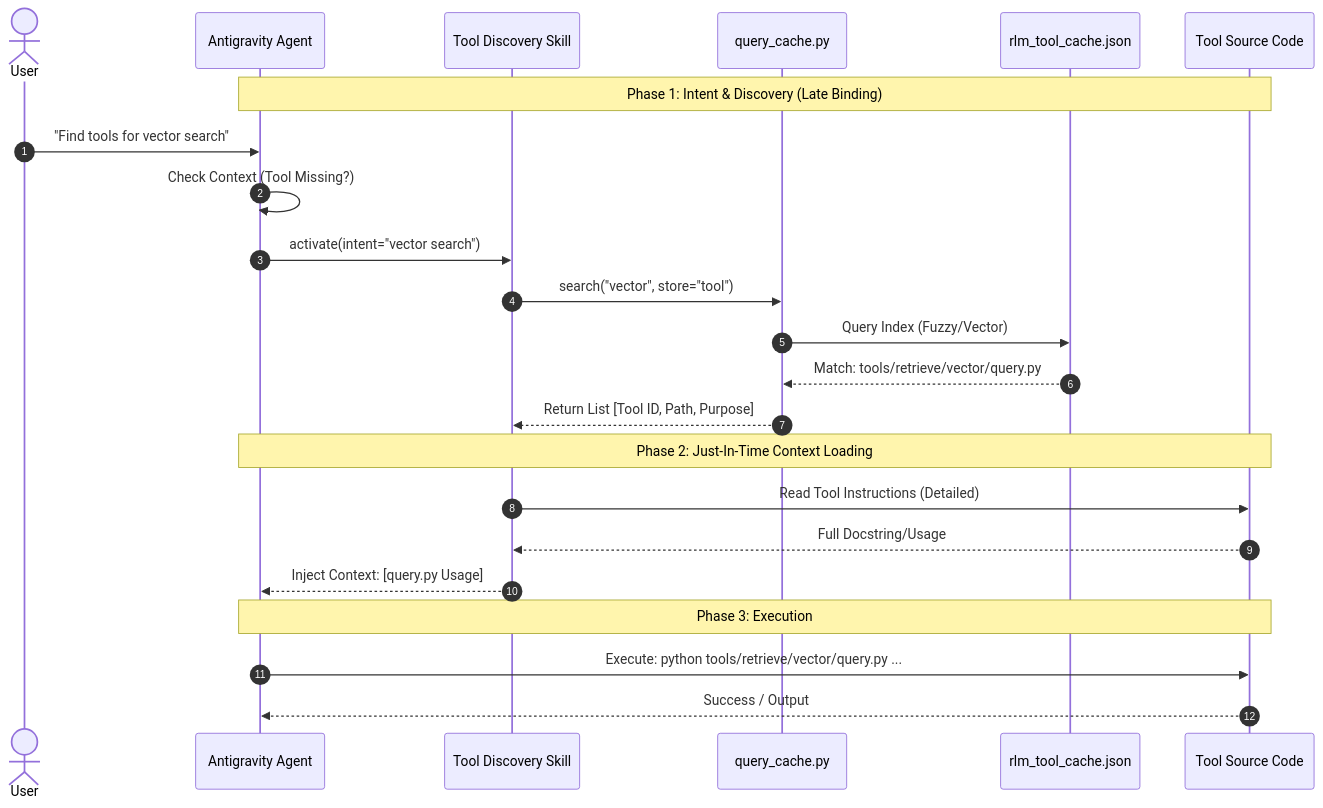
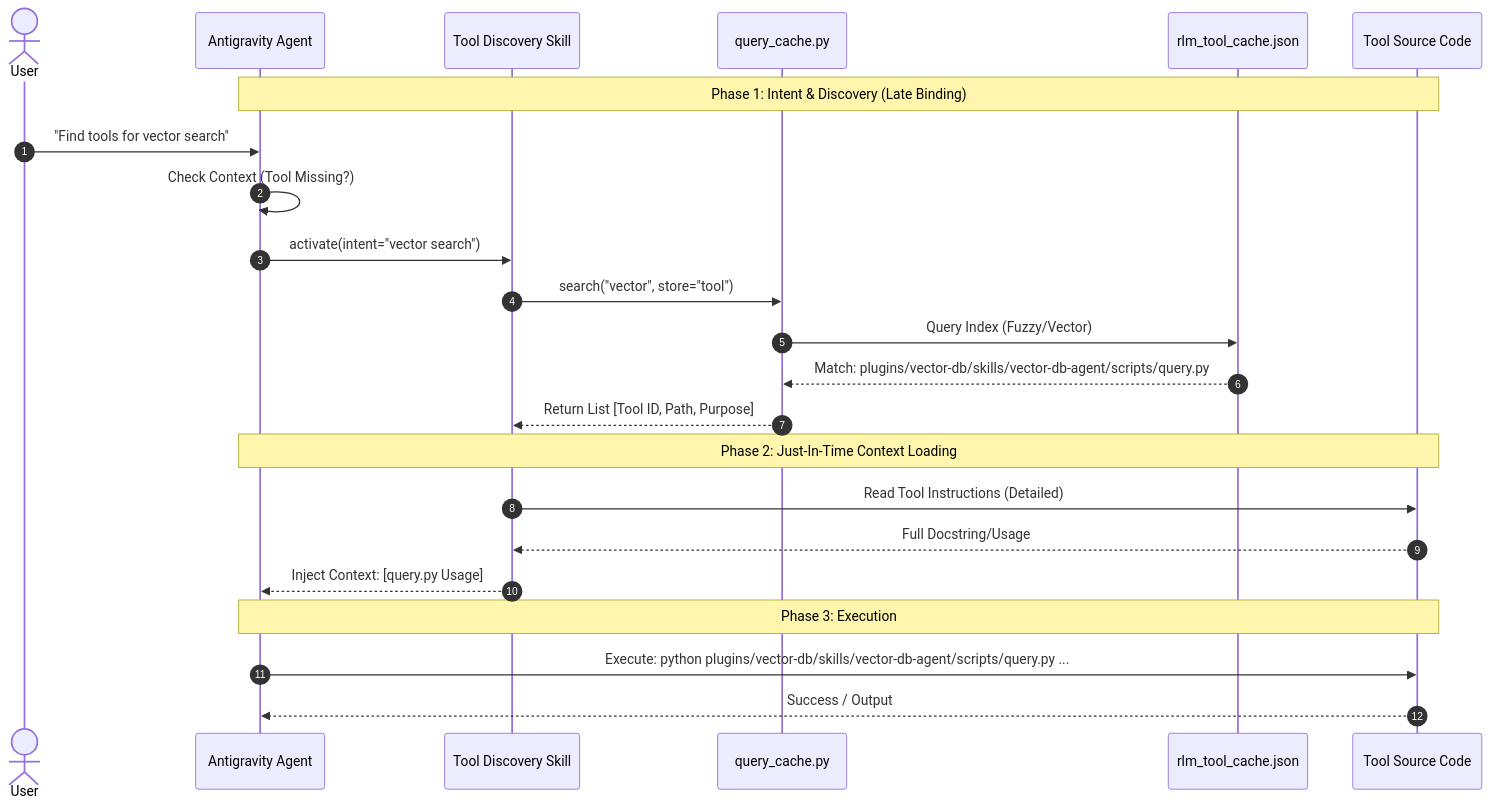
The diagram in docs/diagrams/rlm/rlm_late_binding_flow.mmd (richfrem/Project_Sanctuary), drawn with Mermaid before and after one commit. The commit also changed 1329 other files, not shown here.

First line of the commit message:
Feat/creating new skills plugins v2 (#201)

```diff
--- a/docs/diagrams/rlm/rlm_late_binding_flow.mmd
+++ b/docs/diagrams/rlm/rlm_late_binding_flow.mmd
@@ -1,27 +1,27 @@
 sequenceDiagram
     autonumber
     actor User
     participant Agent as Antigravity Agent
     participant Skill as Tool Discovery Skill
     participant Search as query_cache.py
     participant Cache as rlm_tool_cache.json
     participant FileSystem as Tool Source Code
 
     note over Agent, FileSystem: Phase 1: Intent & Discovery (Late Binding)
     User->>Agent: "Find tools for vector search"
     Agent->>Agent: Check Context (Tool Missing?)
     Agent->>Skill: activate(intent="vector search")
     
     Skill->>Search: search("vector", store="tool")
     Search->>Cache: Query Index (Fuzzy/Vector)
-    Cache-->>Search: Match: tools/retrieve/vector/query.py
+    Cache-->>Search: Match: plugins/vector-db/skills/vector-db-agent/scripts/query.py
     Search-->>Skill: Return List [Tool ID, Path, Purpose]
 
     note over Agent, FileSystem: Phase 2: Just-In-Time Context Loading
     Skill->>FileSystem: Read Tool Instructions (Detailed)
     FileSystem-->>Skill: Full Docstring/Usage
     Skill-->>Agent: Inject Context: [query.py Usage]
 
     note over Agent, FileSystem: Phase 3: Execution
-    Agent->>FileSystem: Execute: python tools/retrieve/vector/query.py ...
+    Agent->>FileSystem: Execute: python plugins/vector-db/skills/vector-db-agent/scripts/query.py ...
     FileSystem-->>Agent: Success / Output
```
